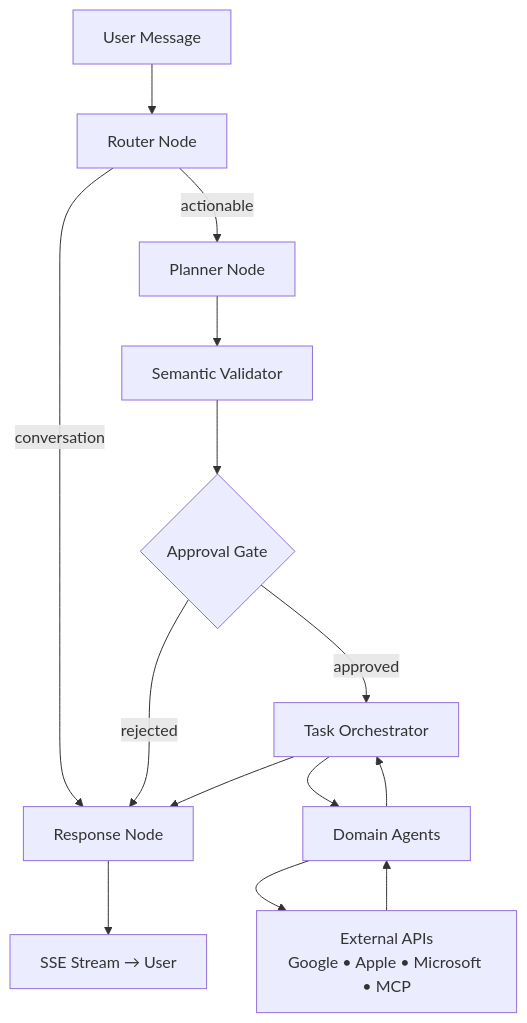
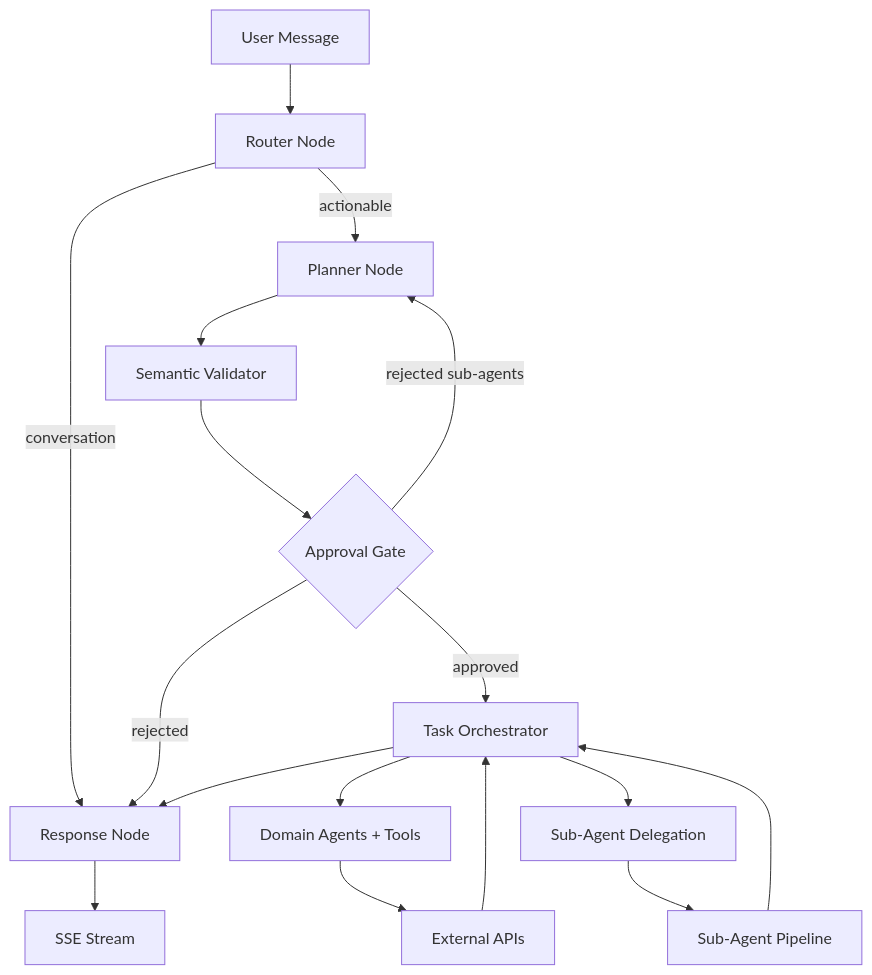
One commit to jgouviergmail/LIA-Assistant changed the diagram in README.md. Above: the diagram before and after it, drawn with Mermaid. The commit also changed other lines of this file and 129 other files, not shown here.

First line of the commit message:
chore(release): v1.5.0 — sub-agents, skills refactoring & cost fixes (#v1.5.0)

````diff
--- a/README.md
+++ b/README.md
@@ -521,16 +531,19 @@
 ```mermaid
 graph TD
     A[User Message] --> B[Router Node]
     B -->|conversation| C[Response Node]
     B -->|actionable| D[Planner Node]
     D --> E[Semantic Validator]
     E --> F{Approval Gate}
     F -->|approved| G[Task Orchestrator]
+    F -->|rejected sub-agents| D
     F -->|rejected| C
-    G --> H[Domain Agents]
-    H --> I[External APIs\nGoogle • Apple • Microsoft • MCP]
-    I --> H
-    H --> G
+    G --> H[Domain Agents + Tools]
+    G --> L[Sub-Agent Delegation]
+    H --> I[External APIs]
+    L --> M[Sub-Agent Pipeline]
+    M --> G
+    I --> G
     G --> C
-    C --> J[SSE Stream → User]
+    C --> J[SSE Stream]
 ```
````
